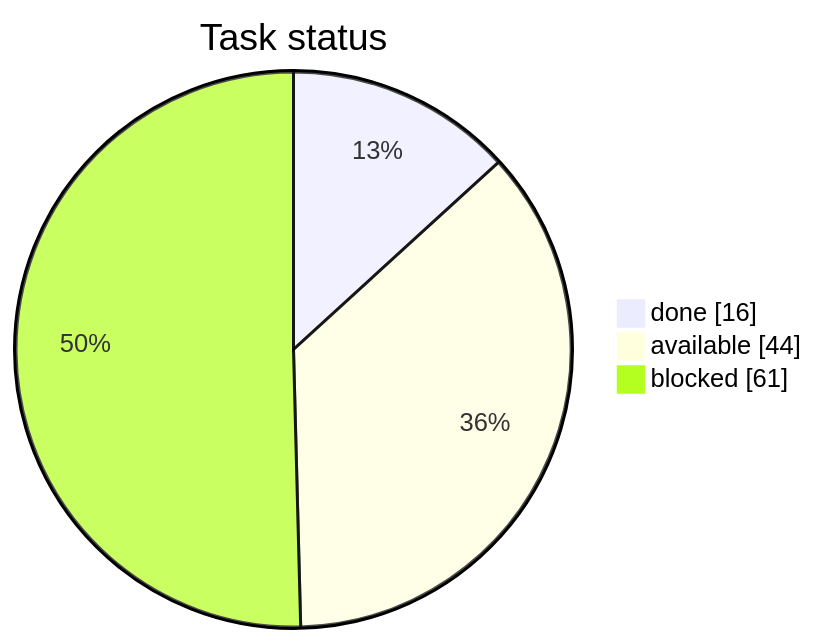
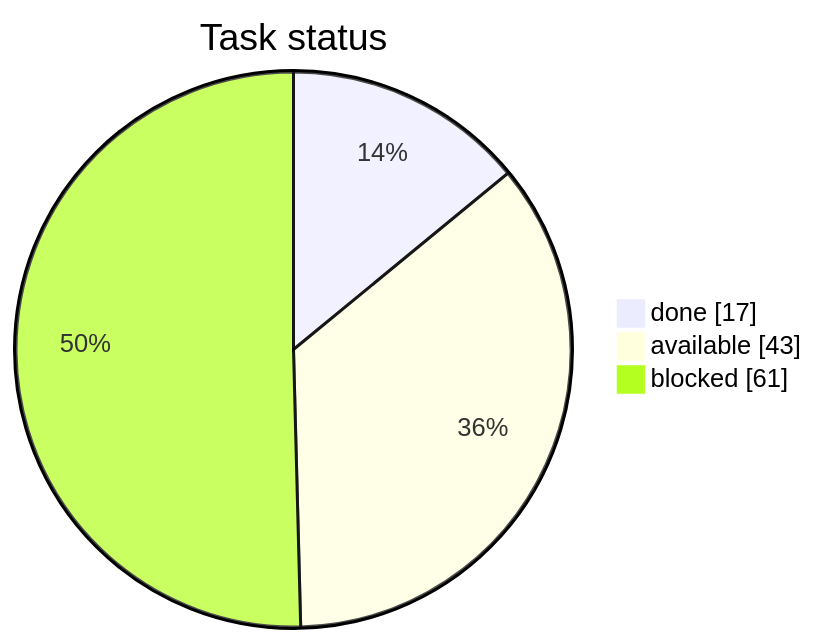
Before and after one commit to artemiiShabanov/RallyRivals: the first of 3 diagrams in STATUS.md, drawn with Mermaid. The commit also changed other lines of this file and 8 other files, not shown here.

````diff
--- a/STATUS.md
+++ b/STATUS.md
@@ -7,7 +7,7 @@
 ```mermaid
 pie showData
     title Task status
-    "done" : 16
-    "available" : 44
+    "done" : 17
+    "available" : 43
     "blocked" : 61
 ```
````
